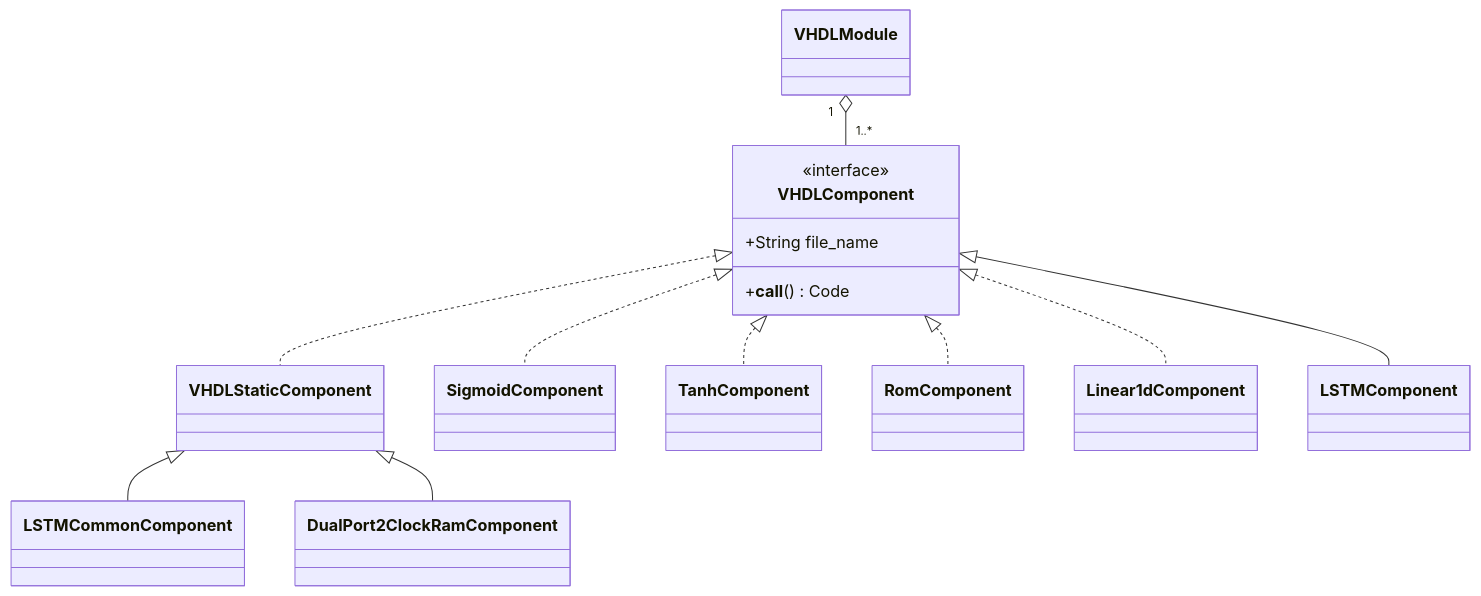
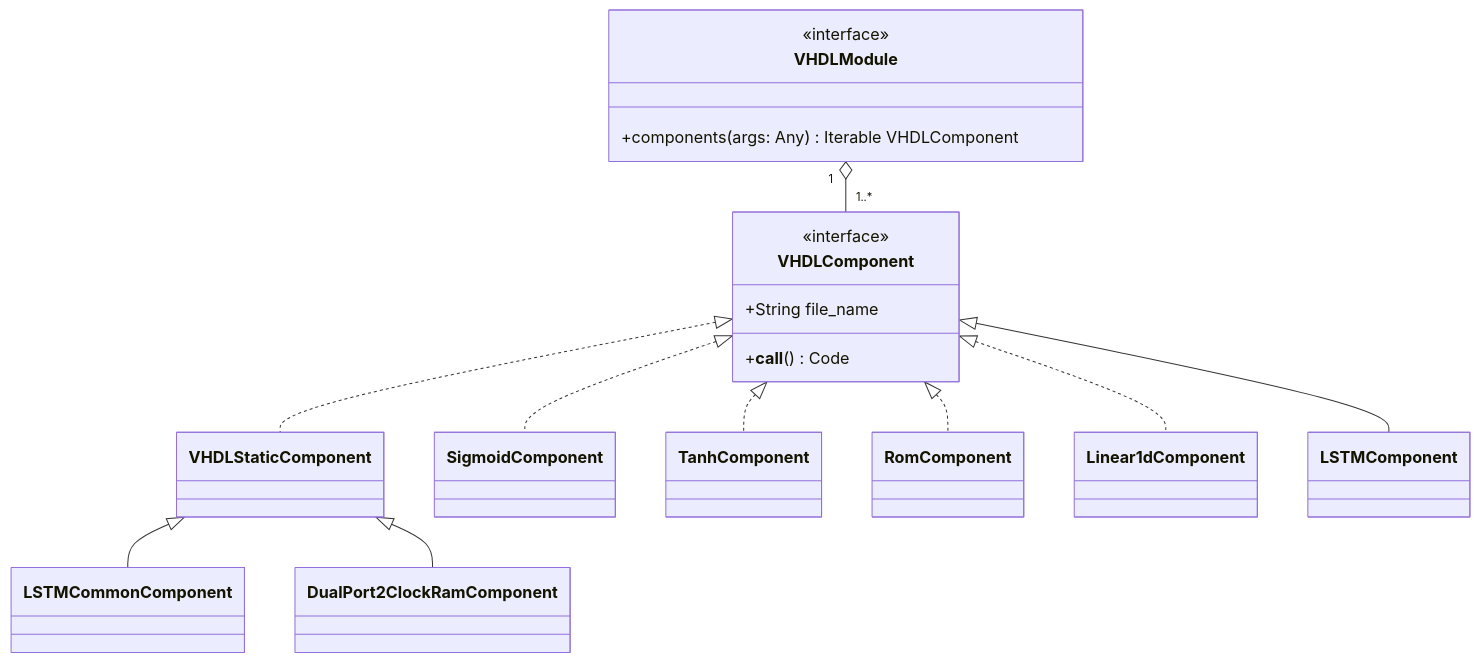
The first of 3 diagrams in elasticai/creator/vhdl/README.md (es-ude/elastic-ai.creator), drawn with Mermaid before and after one commit. The commit also changed other lines of this file and 14 other files, not shown here.

````diff
--- a/elasticai/creator/vhdl/README.md
+++ b/elasticai/creator/vhdl/README.md
@@ -15,17 +15,21 @@
 ```mermaid
 classDiagram
+class VHDLModule {
+    <<interface>>
+    +components(args: Any) Iterable VHDLComponent
+}
 class VHDLComponent {
     <<interface>>
     +String file_name
     +__call__() Code
 }
 VHDLModule "1" o-- "1..*" VHDLComponent
 VHDLComponent <|.. VHDLStaticComponent
 VHDLComponent <|.. SigmoidComponent
 VHDLComponent <|.. TanhComponent
 VHDLComponent <|.. RomComponent
 VHDLComponent <|.. Linear1dComponent
 VHDLComponent <|-- LSTMComponent
 VHDLStaticComponent <|-- LSTMCommonComponent
 VHDLStaticComponent <|-- DualPort2ClockRamComponent
 ```
````
